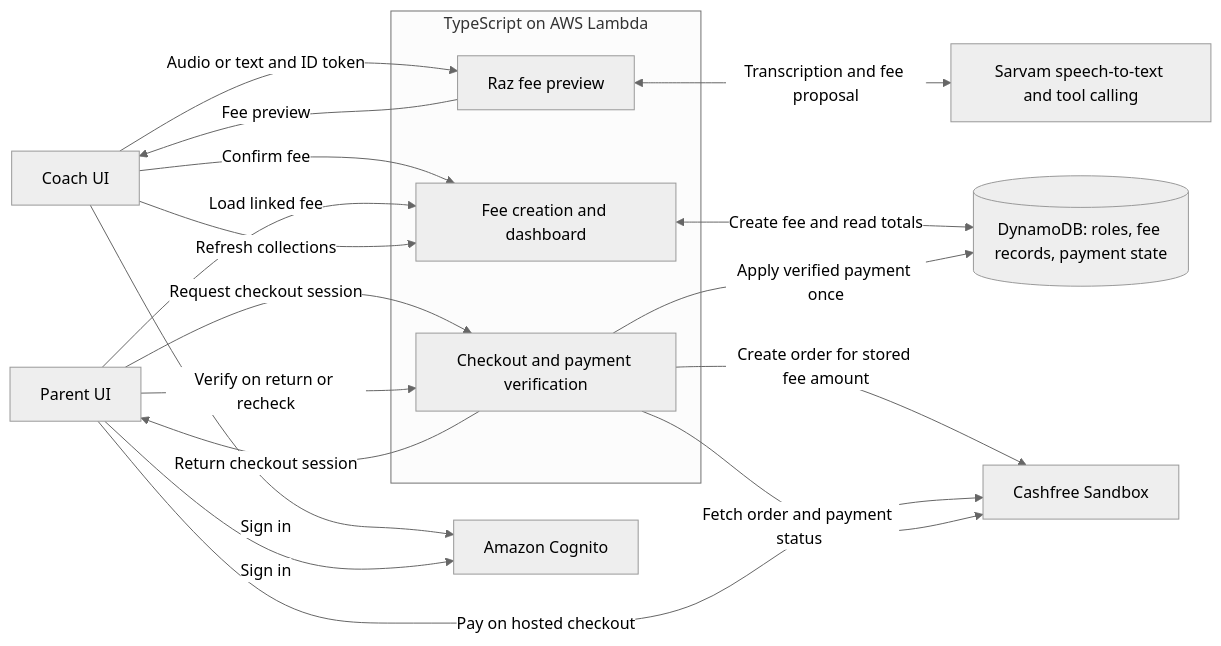
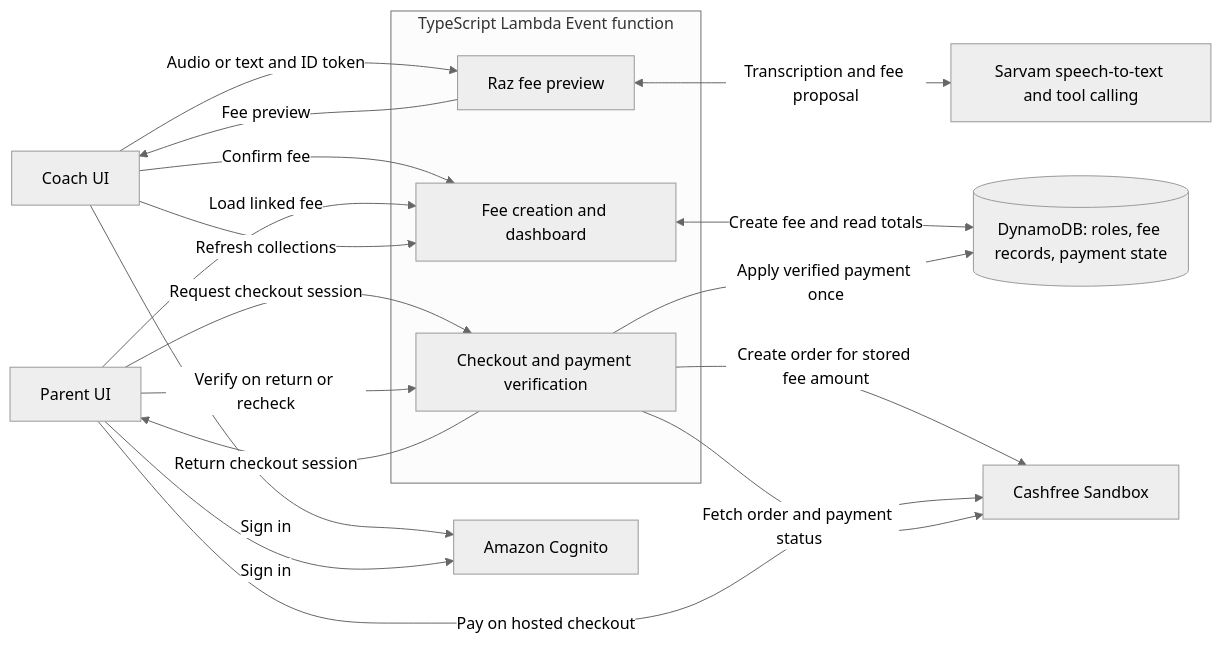
The second of 3 diagrams in docs/ARCHITECTURE.md (Srikanth-2004/Cleansheet), drawn with Mermaid (neutral theme) before and after one commit. The commit also changed 15 other files, not shown here.

````diff
--- a/docs/ARCHITECTURE.md
+++ b/docs/ARCHITECTURE.md
@@ -27,33 +27,33 @@
 ```mermaid
 flowchart LR
     Coach["Coach UI"]
     Parent["Parent UI"]
     Auth["Amazon Cognito"]
 
-    subgraph App["TypeScript on AWS Lambda"]
+    subgraph App["TypeScript Lambda Event function"]
         Raz["Raz fee preview"]
         Fees["Fee creation and dashboard"]
         Payment["Checkout and payment verification"]
     end
 
     Sarvam["Sarvam speech-to-text and tool calling"]
     DB[("DynamoDB: roles, fee records, payment state")]
     Cashfree["Cashfree Sandbox"]
 
     Coach -->|Sign in| Auth
     Parent -->|Sign in| Auth
     Coach -->|Audio or text and ID token| Raz
     Raz <-->|Transcription and fee proposal| Sarvam
     Raz -->|Fee preview| Coach
     Coach -->|Confirm fee| Fees
     Fees <-->|Create fee and read totals| DB
     Parent -->|Load linked fee| Fees
     Parent -->|Request checkout session| Payment
     Payment -->|Create order for stored fee amount| Cashfree
     Payment -->|Return checkout session| Parent
     Parent -->|Pay on hosted checkout| Cashfree
     Parent -->|Verify on return or recheck| Payment
     Payment -->|Fetch order and payment status| Cashfree
     Payment -->|Apply verified payment once| DB
     Coach -->|Refresh collections| Fees
 ```
````
